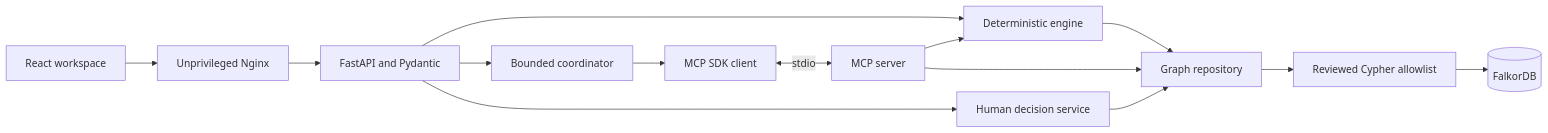
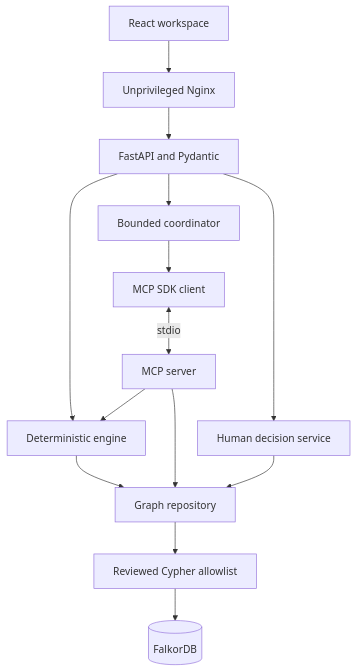
Before and after one commit to HIZMALI/rippleproof-ai: the diagram in docs/ARCHITECTURE.md, drawn with Mermaid.

Commit message:
Improve architecture diagram readability

````diff
--- a/docs/ARCHITECTURE.md
+++ b/docs/ARCHITECTURE.md
@@ -9,16 +9,16 @@
 ```mermaid
-flowchart LR
+flowchart TB
     Browser[React workspace] --> Proxy[Unprivileged Nginx]
     Proxy --> API[FastAPI and Pydantic]
     API --> Simulation[Deterministic engine]
     API --> Coordinator[Bounded coordinator]
     Coordinator --> Client[MCP SDK client]
     Client <-->|stdio| Server[MCP server]
     Server --> Simulation
     Server --> Repository[Graph repository]
     Simulation --> Repository
     API --> Decision[Human decision service]
     Decision --> Repository
     Repository --> Templates[Reviewed Cypher allowlist]
     Templates --> DB[(FalkorDB)]
 ```
````
